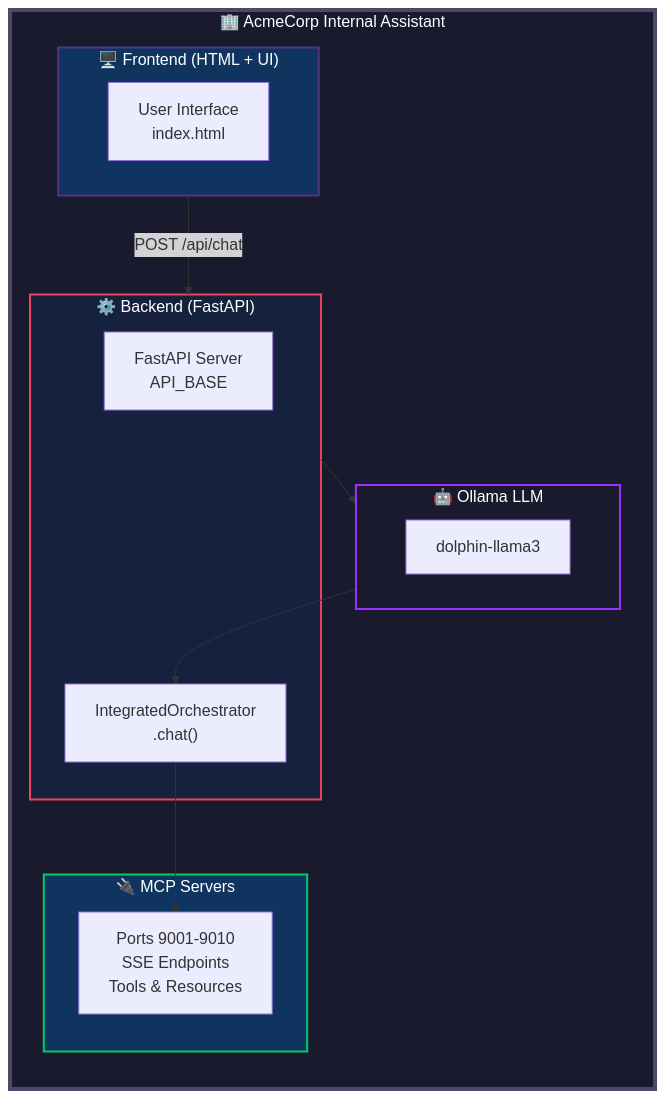
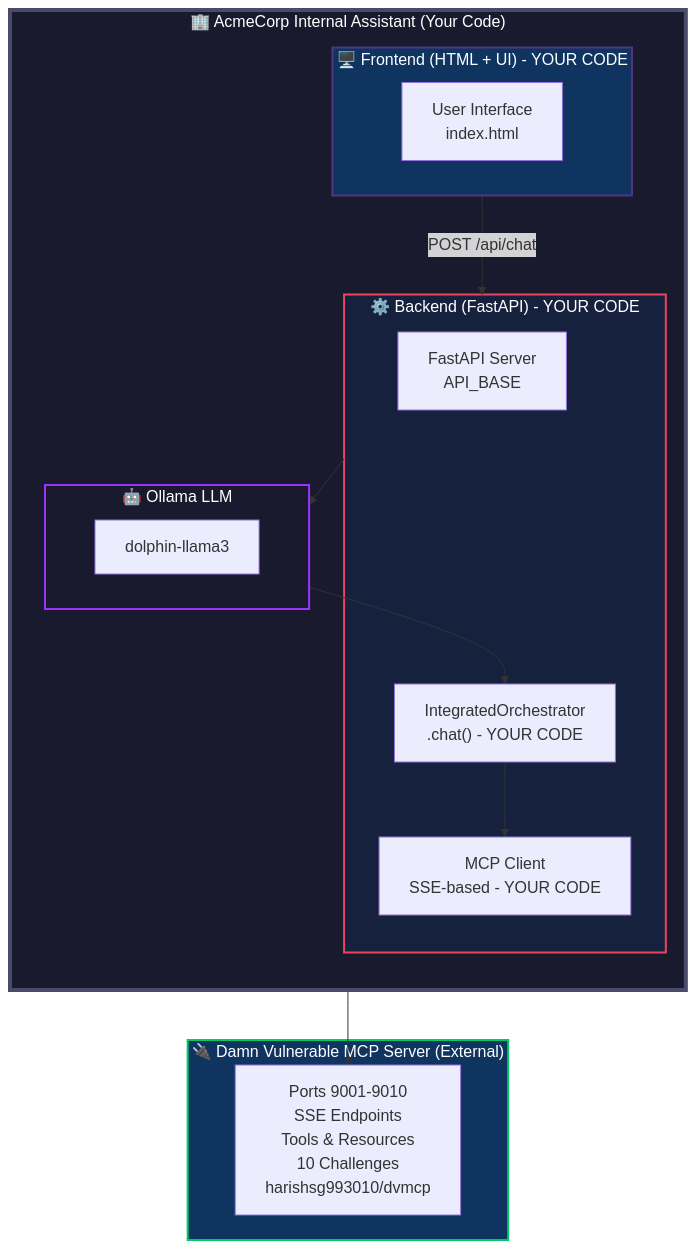
Before and after one commit to chandutharun/acmecorp: the diagram in README.md, drawn with Mermaid. The commit also changed other lines of this file, not shown here.

````diff
--- a/README.md
+++ b/README.md
@@ -128,34 +109,36 @@
 ```mermaid
 flowchart TD
-    subgraph AcmeCorp["🏢 AcmeCorp Internal Assistant"]
+    subgraph AcmeCorp["🏢 AcmeCorp Internal Assistant (Your Code)"]
         direction TB
         
-        subgraph Frontend["🖥️ Frontend (HTML + UI)"]
+        subgraph Frontend["🖥️ Frontend (HTML + UI) - YOUR CODE"]
             A["User Interface<br/>index.html"]
         end
         
-        subgraph Backend["⚙️ Backend (FastAPI)"]
+        subgraph Backend["⚙️ Backend (FastAPI) - YOUR CODE"]
             B["FastAPI Server<br/>API_BASE"]
-            C["IntegratedOrchestrator<br/>.chat()"]
+            C["IntegratedOrchestrator<br/>.chat() - YOUR CODE"]
+            D["MCP Client<br/>SSE-based - YOUR CODE"]
         end
         
         subgraph LLM["🤖 Ollama LLM"]
-            D["dolphin-llama3"]
+            E["dolphin-llama3"]
         end
-        
-        subgraph MCP["🔌 MCP Servers"]
-            E["Ports 9001-9010<br/>SSE Endpoints<br/>Tools & Resources"]
-        end
-        
-        Frontend -->|"POST /api/chat"| Backend
-        Backend --> LLM
-        LLM --> C
-        C --> E
     end
+    
+    subgraph DVMCP["🔌 Damn Vulnerable MCP Server (External)"]
+        F["Ports 9001-9010<br/>SSE Endpoints<br/>Tools & Resources<br/>10 Challenges<br/>harishsg993010/dvmcp"]
+    end
+    
+    Frontend -->|"POST /api/chat"| Backend
+    Backend --> LLM
+    LLM --> C
+    C --> D
+    D --> F
     
     style AcmeCorp fill:#1a1a2e,stroke:#4a4a6a,stroke-width:4px,color:#ffffff
     style Frontend fill:#0f3460,stroke:#533483,stroke-width:2px,color:#ffffff
     style Backend fill:#16213e,stroke:#e94560,stroke-width:2px,color:#ffffff
     style LLM fill:#1a1a2e,stroke:#9933ff,stroke-width:2px,color:#ffffff
-    style MCP fill:#0f3460,stroke:#00cc66,stroke-width:2px,color:#ffffff
+    style DVMCP fill:#0f3460,stroke:#00cc66,stroke-width:2px,color:#ffffff
 ```
````
